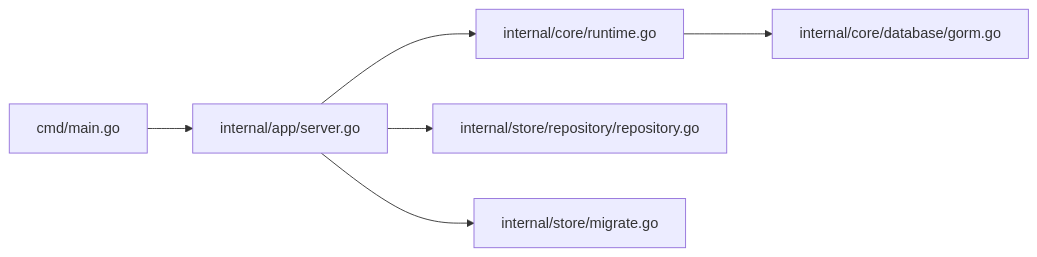
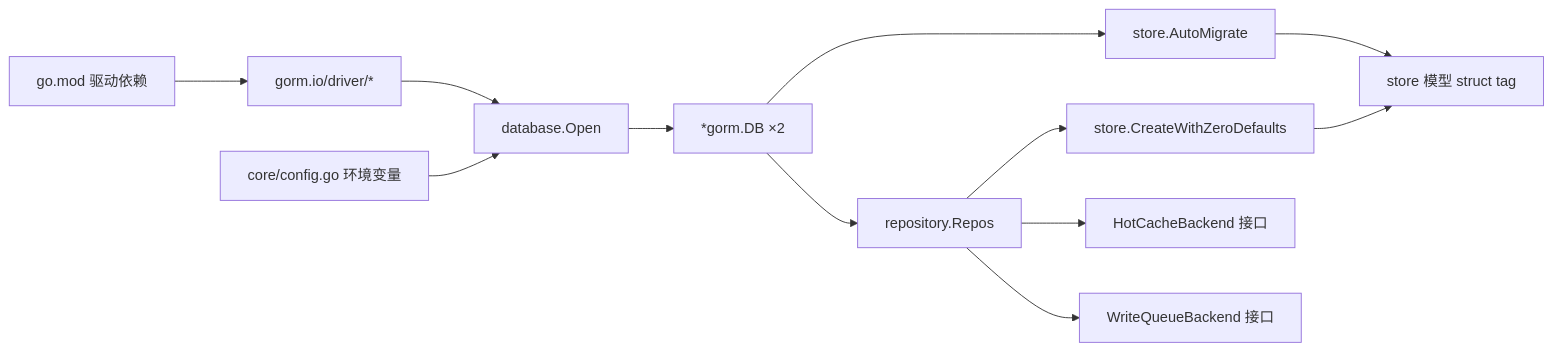
The third of 4 diagrams in docs/数据存储层/GORM 配置与使用.md (x01n/My-OpenWaf), drawn with Mermaid before and after one commit. The commit also changed other lines of this file and 622 other files, not shown here.

````diff
--- a/docs/数据存储层/GORM 配置与使用.md
+++ b/docs/数据存储层/GORM 配置与使用.md
@@ -264,8 +455,14 @@
 ```mermaid
 graph LR
-Main["cmd/main.go"] --> AppRun["internal/app/server.go"]
-AppRun --> RT["internal/core/runtime.go"]
-RT --> DB["internal/core/database/gorm.go"]
-AppRun --> Repo["internal/store/repository/repository.go"]
-AppRun --> Mig["internal/store/migrate.go"]
+GOMOD["go.mod 驱动依赖"] --> DIALECT["gorm.io/driver/*"]
+DIALECT --> OPEN["database.Open"]
+CFG["core/config.go 环境变量"] --> OPEN
+OPEN --> GDB["*gorm.DB ×2"]
+GDB --> AUTO["store.AutoMigrate"]
+GDB --> REPO["repository.Repos"]
+AUTO --> MODELS["store 模型 struct tag"]
+REPO --> ZD["store.CreateWithZeroDefaults"]
+ZD --> MODELS
+REPO --> HOT["HotCacheBackend 接口"]
+REPO --> WQ["WriteQueueBackend 接口"]
 ```
````
